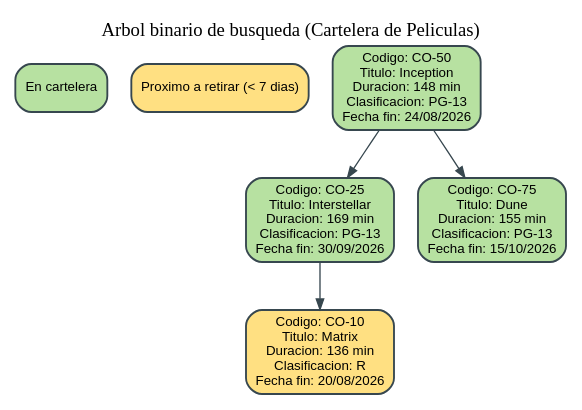
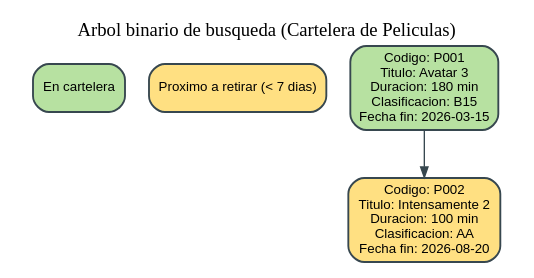
One commit to sergioraulquezel/EDD_2S2026_PY_202401290 changed the diagram in reporte_bst.dot. Above: the diagram before and after it, drawn with Graphviz. The commit also changed 20 other files, not shown here.

```diff
--- a/reporte_bst.dot
+++ b/reporte_bst.dot
@@ -1,16 +1,12 @@
 digraph ArbolPeliculas {
     rankdir=TB;
     graph [bgcolor="white", labelloc="t", label="Arbol binario de busqueda (Cartelera de Peliculas)"];
     node [shape=box, style="rounded,filled", fontname="Arial", fontsize=10, color="#37474f", penwidth=1.4];
     edge [color="#37474f", arrowsize=0.8];
     leyenda_verde [label="En cartelera", fillcolor="#b7e1a1"];
     leyenda_amarillo [label="Proximo a retirar (< 7 dias)", fillcolor="#ffe082"];
     { rank=same; leyenda_verde; leyenda_amarillo; }
-    nodo50 [fillcolor="#b7e1a1", label="Codigo: CO-50\nTitulo: Inception\nDuracion: 148 min\nClasificacion: PG-13\nFecha fin: 24/08/2026"];
-    nodo50 -> nodo25;
-    nodo25 [fillcolor="#b7e1a1", label="Codigo: CO-25\nTitulo: Interstellar\nDuracion: 169 min\nClasificacion: PG-13\nFecha fin: 30/09/2026"];
-    nodo25 -> nodo10;
-    nodo10 [fillcolor="#ffe082", label="Codigo: CO-10\nTitulo: Matrix\nDuracion: 136 min\nClasificacion: R\nFecha fin: 20/08/2026"];
-    nodo50 -> nodo75;
-    nodo75 [fillcolor="#b7e1a1", label="Codigo: CO-75\nTitulo: Dune\nDuracion: 155 min\nClasificacion: PG-13\nFecha fin: 15/10/2026"];
+    nodo1 [fillcolor="#b7e1a1", label="Codigo: P001\nTitulo: Avatar 3\nDuracion: 180 min\nClasificacion: B15\nFecha fin: 2026-03-15"];
+    nodo1 -> nodo2;
+    nodo2 [fillcolor="#ffe082", label="Codigo: P002\nTitulo: Intensamente 2\nDuracion: 100 min\nClasificacion: AA\nFecha fin: 2026-08-20"];
 }
```
